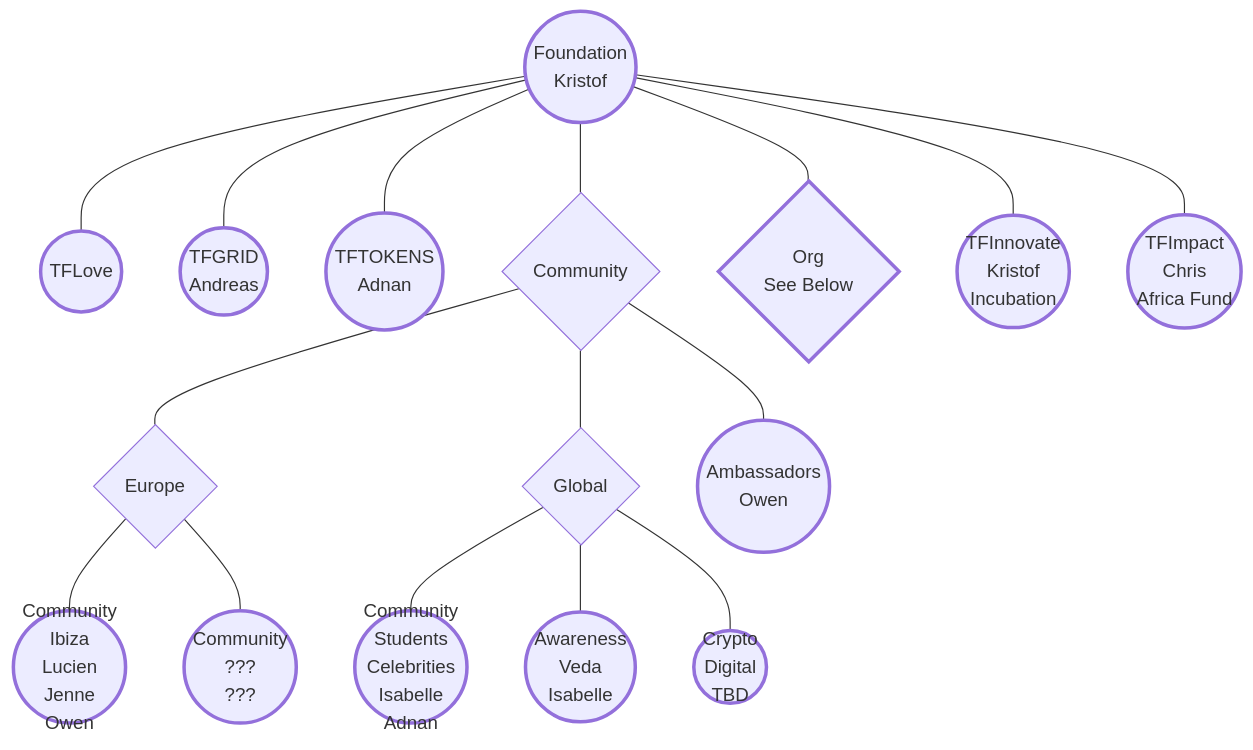
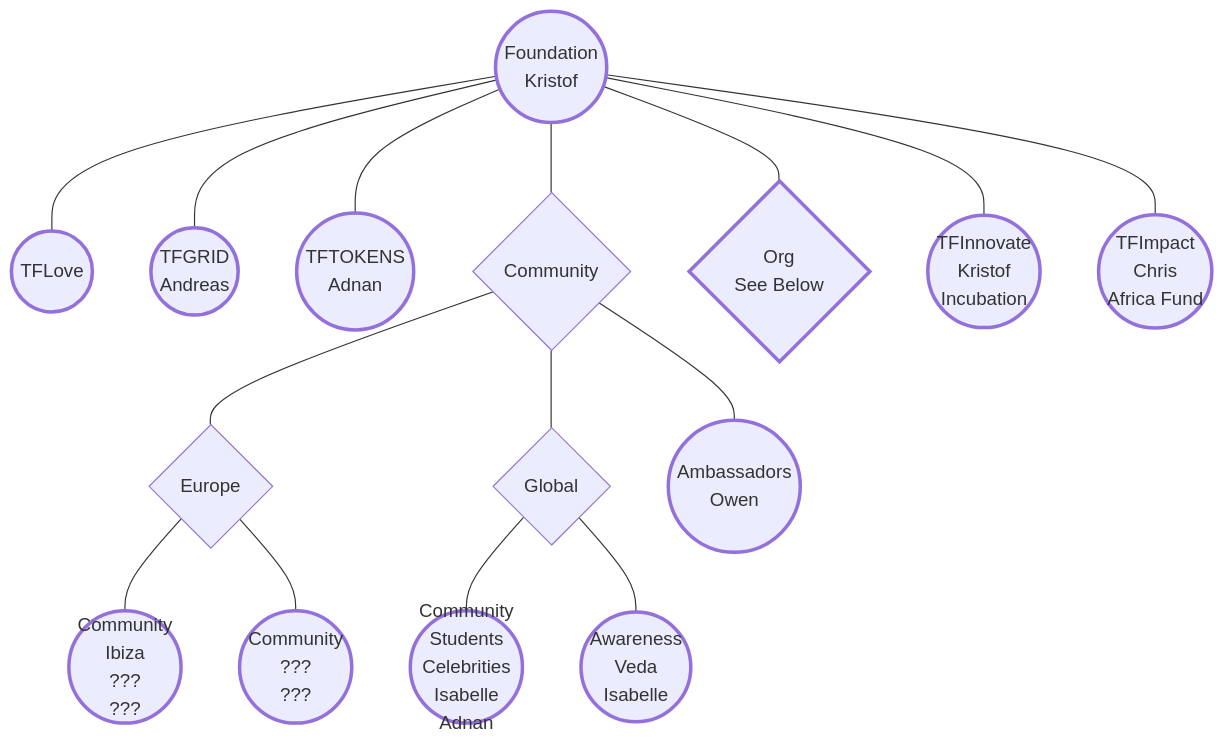
One commit to xmonader/info_foundation changed the first of 2 diagrams in docs/circles/README.md. Above: the diagram before and after it, drawn with Mermaid.

Commit message:
updated - still needs revision

````diff
--- a/docs/circles/README.md
+++ b/docs/circles/README.md
@@ -11,27 +11,27 @@
 ```mermaid
 
 graph TB; 
     Foundation((Foundation<BR>Kristof)) --- TFLove((TFLove))
     Foundation --- TFGRID((TFGRID<br>Andreas))
     Foundation --- TFTOKENS((TFTOKENS<br>Adnan))
     Foundation --- Community{Community}
     Foundation --- Org{Org<br>See Below}
     Community --- Europe{Europe}
     Community --- Global{Global}
     Foundation --- TFInnovate((TFInnovate<br>Kristof<br>Incubation))
     Foundation --- TFImpact((TFImpact<br>Chris<br>Africa Fund))
 
     Community --- TFAmbassadors((Ambassadors<br>Owen))
-    Europe --- CommunityIbiza((Community<br>Ibiza<br>Lucien<br>Jenne<br>Owen<br>))
+    Europe --- CommunityIbiza((Community<br>Ibiza<br>???<br>???))
     Europe --- CommunityGreen((Community<br>???<br>???))
     Global --- CommunityVeda((Community<br>Students<br>Celebrities<br>Isabelle<br>Adnan))
     Global --- Veda((Awareness<br>Veda<br>Isabelle))
-    Global --- Crypto((Crypto<br>Digital<br>TBD))
+ 
 
     classDef circle text-align:center,stroke:#33,stroke-width:3px;  
 
     class Foundation,TFLove,TFGRID,TFTOKENS,TFAmbassadors,TFInnovate,TFImpact,CommunityIbiza,CommunityVeda,CommunityGreen,Veda,Crypto,Org circle;
 
     click TFGRID "https://threefoldfoundation.github.io/info_foundation/#/circles/foundation/grid/grid"
 
 ```
````
